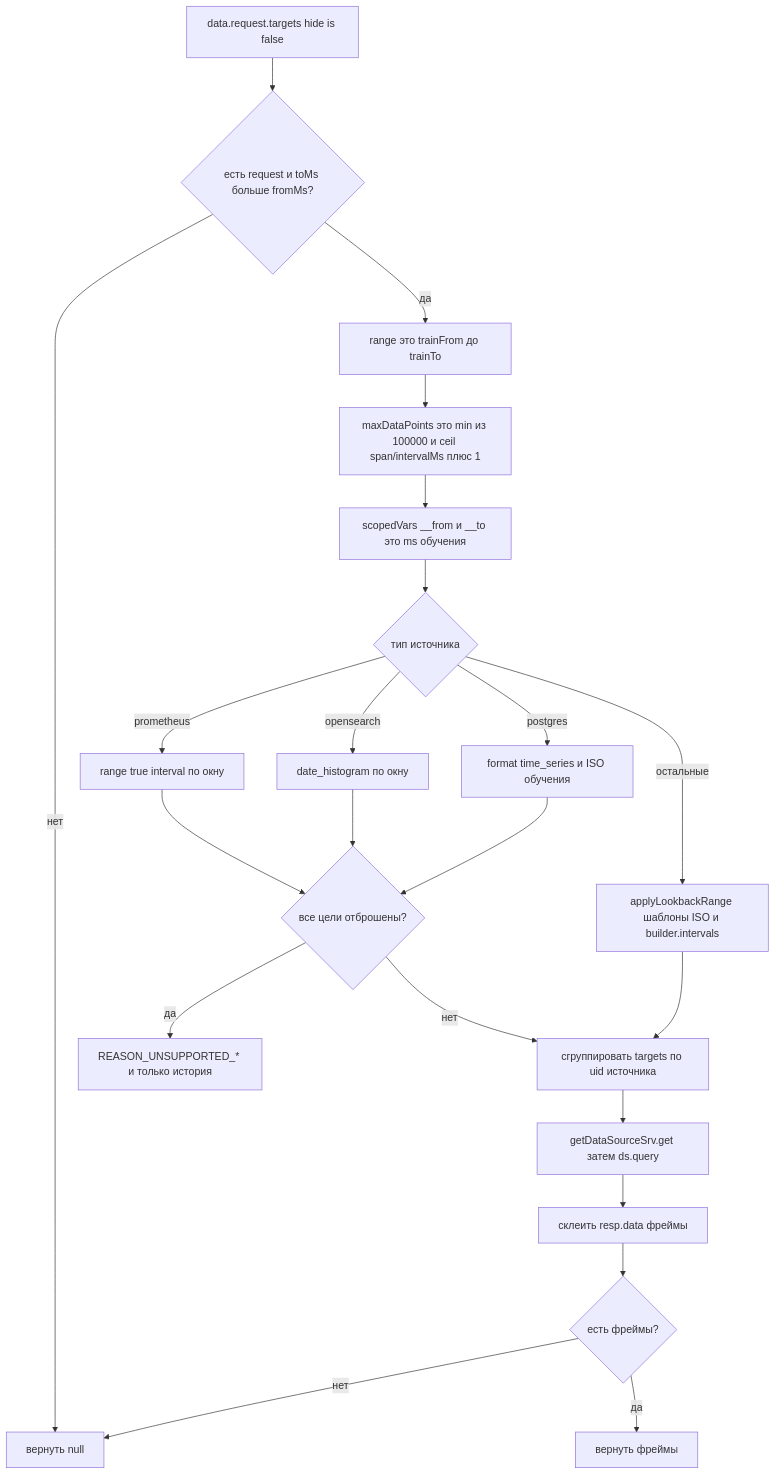
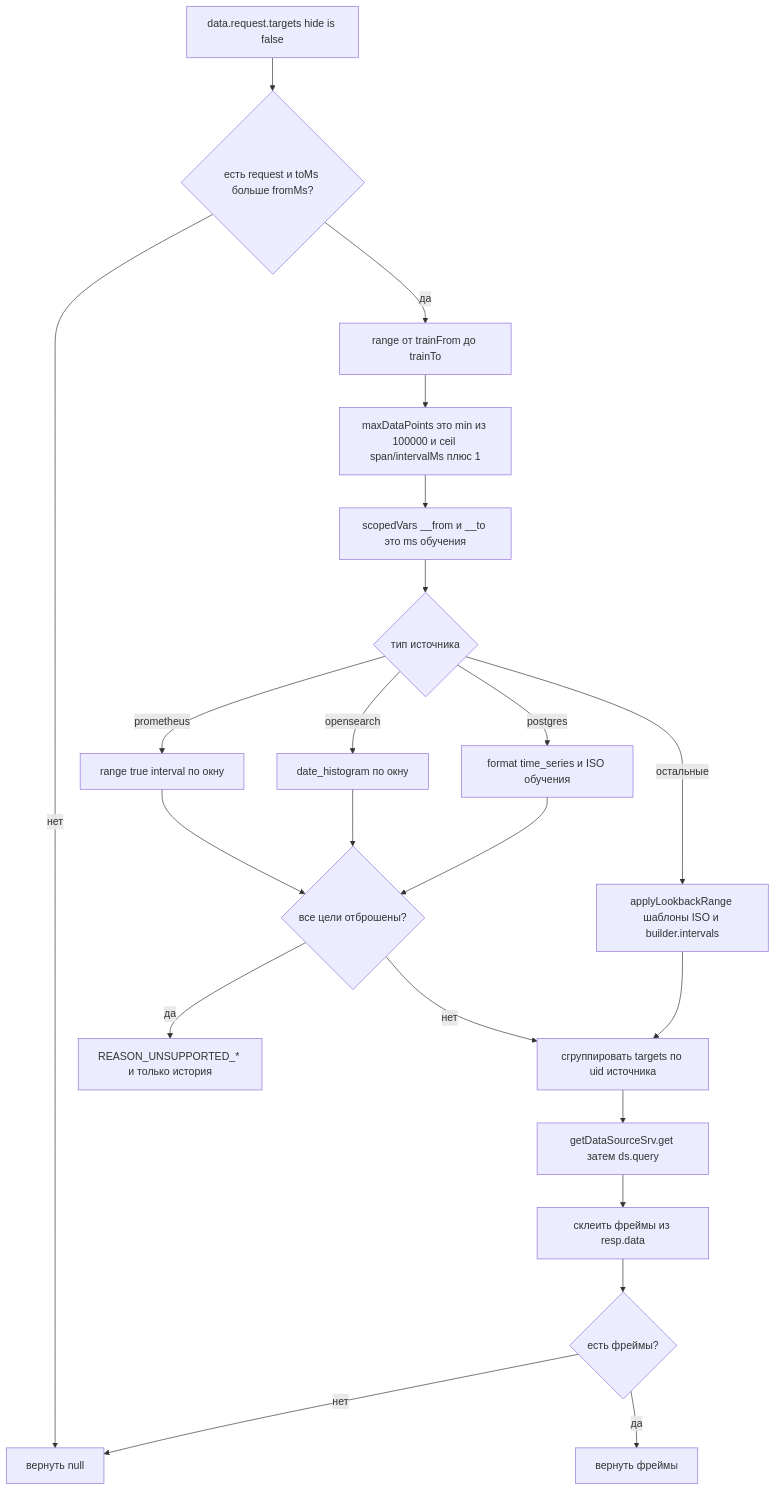
Before and after one commit to eduard-kolotushin/timeseries-grafana: the diagram in diagrams/05-training-query-rewrite.md, drawn with Mermaid. The commit also changed other lines of this file and 14 other files, not shown here.

Commit message:
Update diagrams

````diff
--- a/diagrams/05-training-query-rewrite.md
+++ b/diagrams/05-training-query-rewrite.md
@@ -22,24 +22,24 @@
 ```mermaid
 flowchart TD
   A["data.request.targets hide is false"] --> B{"есть request и toMs больше fromMs?"}
   B -->|нет| N["вернуть null"]
-  B -->|да| C["range это trainFrom до trainTo"]
+  B -->|да| C["range от trainFrom до trainTo"]
   C --> D["maxDataPoints это min из 100000 и ceil span/intervalMs плюс 1"]
   D --> E["scopedVars __from и __to это ms обучения"]
   E --> F{"тип источника"}
   F -->|prometheus| F1["range true interval по окну"]
   F -->|opensearch| F2["date_histogram по окну"]
   F -->|postgres| F3["format time_series и ISO обучения"]
   F -->|"остальные"| F4["applyLookbackRange шаблоны ISO и builder.intervals"]
   F1 --> Rsn{"все цели отброшены?"}
   F2 --> Rsn
   F3 --> Rsn
   Rsn -->|да| R1["REASON_UNSUPPORTED_* и только история"]
   Rsn -->|нет| G["сгруппировать targets по uid источника"]
   F4 --> G
   G --> H["getDataSourceSrv.get затем ds.query"]
-  H --> I["склеить resp.data фреймы"]
+  H --> I["склеить фреймы из resp.data"]
   I --> J{"есть фреймы?"}
   J -->|нет| N
   J -->|да| K["вернуть фреймы"]
 ```
````
